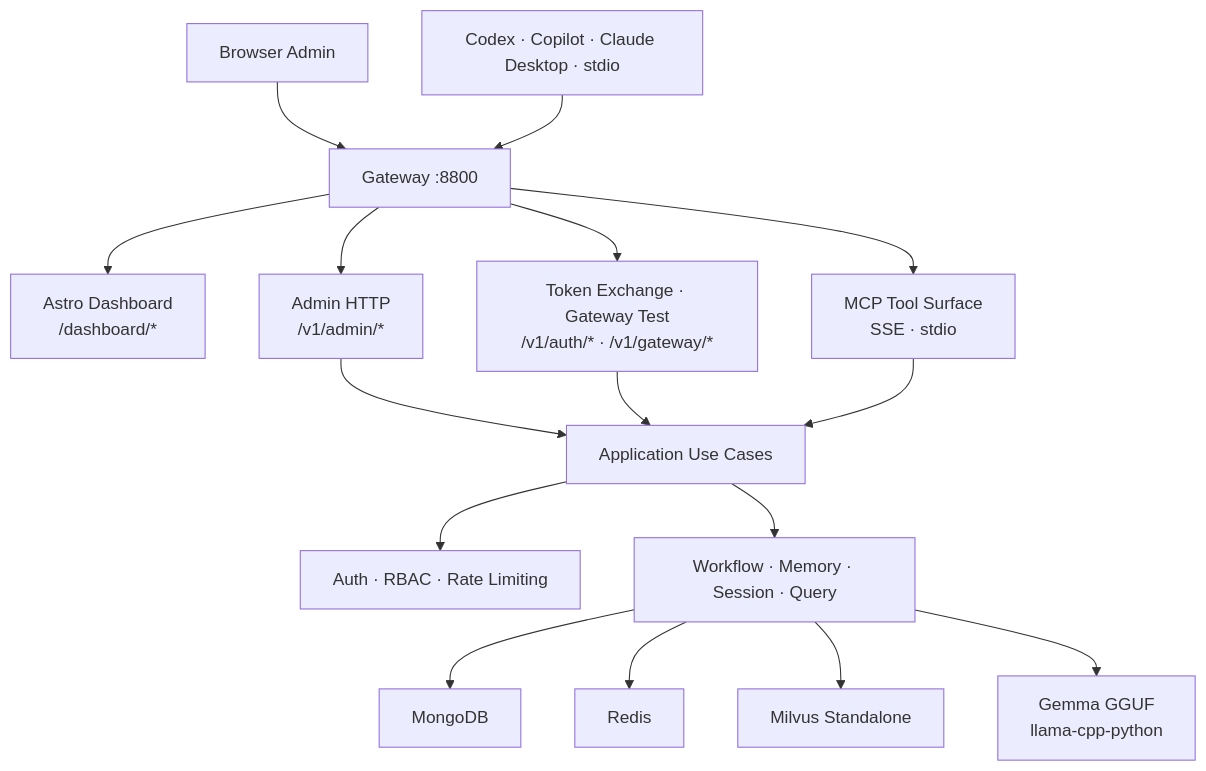
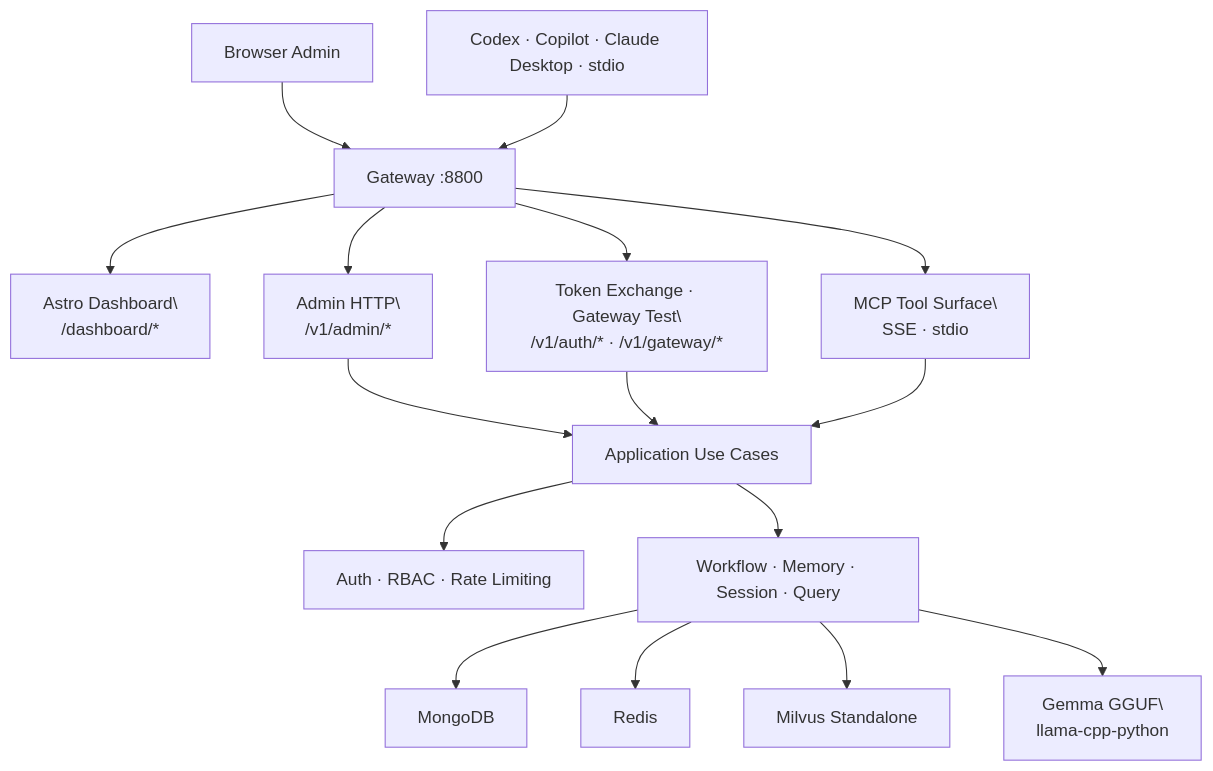
Before and after one commit to hiimtrung/minder: the diagram in README.md, drawn with Mermaid. The commit also changed other lines of this file and 18 other files, not shown here.

````diff
--- a/README.md
+++ b/README.md
@@ -24,20 +87,20 @@
 ```mermaid
 flowchart TB
     Browser["Browser Admin"] --> Gateway["Gateway :8800"]
     MCP["Codex · Copilot · Claude Desktop · stdio"] --> Gateway
 
-    Gateway --> Dashboard["Astro Dashboard\n/dashboard/*"]
-    Gateway --> AdminAPI["Admin HTTP\n/v1/admin/*"]
-    Gateway --> AuthAPI["Token Exchange · Gateway Test\n/v1/auth/* · /v1/gateway/*"]
-    Gateway --> MCPTools["MCP Tool Surface\nSSE · stdio"]
+    Gateway --> Dashboard["Astro Dashboard\\n/dashboard/*"]
+    Gateway --> AdminAPI["Admin HTTP\\n/v1/admin/*"]
+    Gateway --> AuthAPI["Token Exchange · Gateway Test\\n/v1/auth/* · /v1/gateway/*"]
+    Gateway --> MCPTools["MCP Tool Surface\\nSSE · stdio"]
 
     AdminAPI & AuthAPI & MCPTools --> UseCases["Application Use Cases"]
 
     UseCases --> Auth["Auth · RBAC · Rate Limiting"]
     UseCases --> Services["Workflow · Memory · Session · Query"]
 
     Services --> Mongo["MongoDB"]
     Services --> Redis["Redis"]
     Services --> Milvus["Milvus Standalone"]
-    Services --> LLM["Gemma GGUF\nllama-cpp-python"]
+    Services --> LLM["Gemma GGUF\\nllama-cpp-python"]
 ```
````
